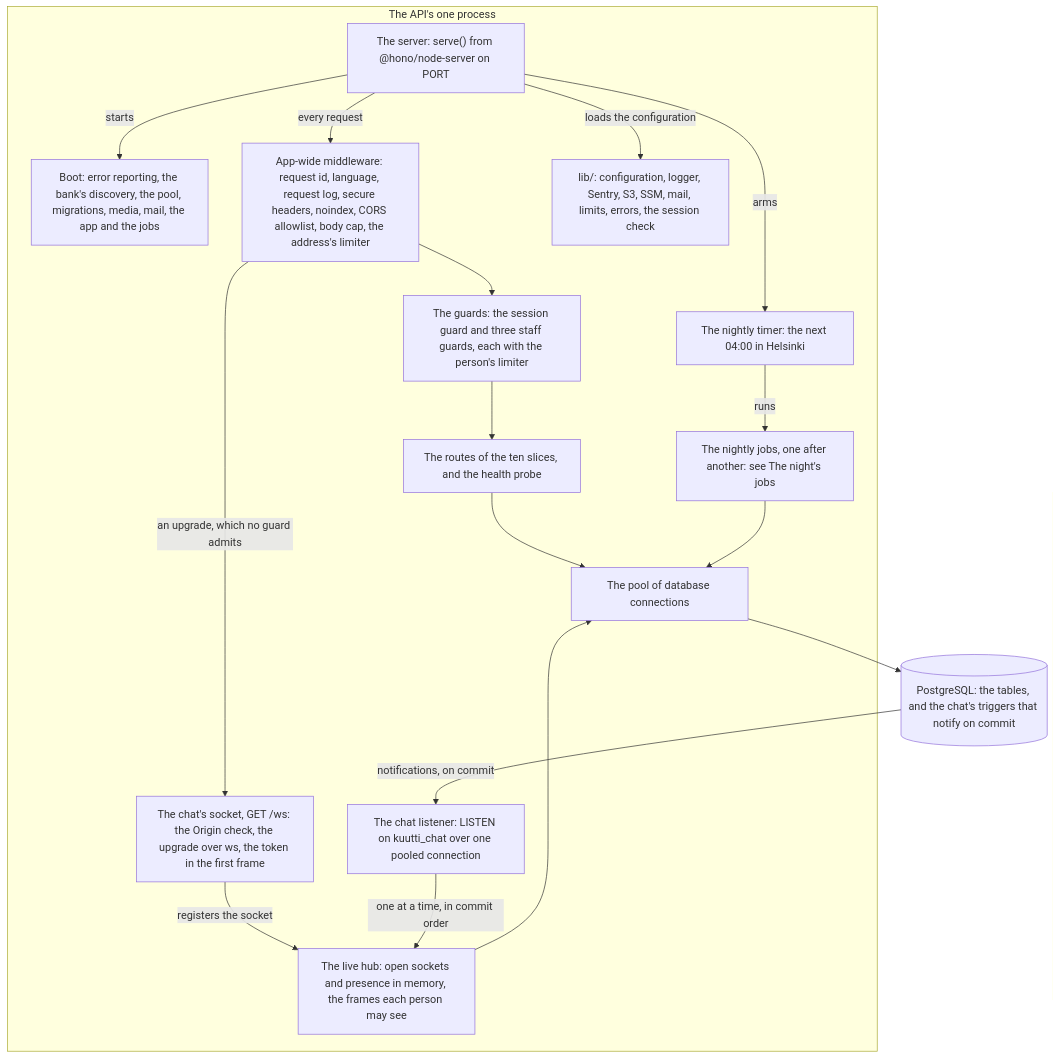
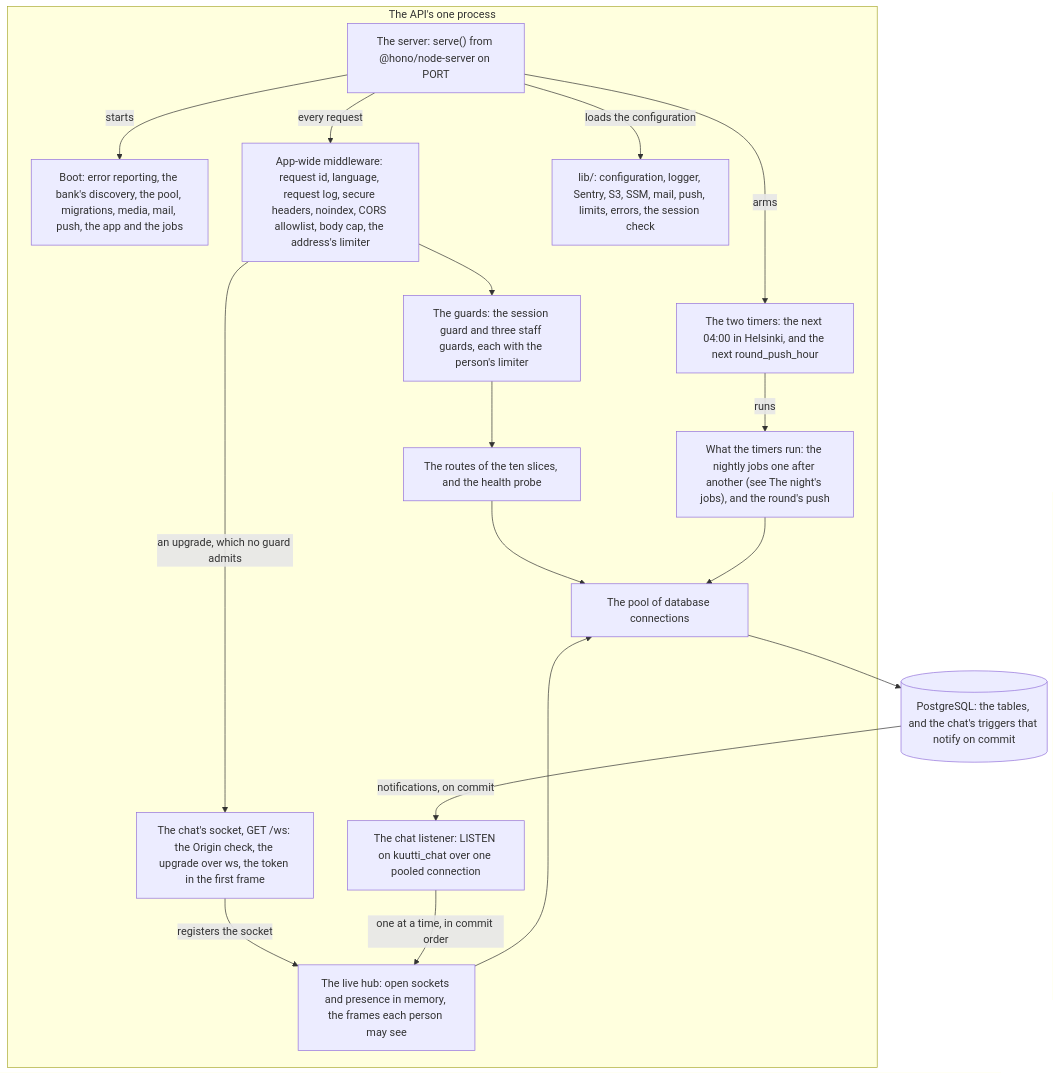
The second of 3 diagrams in docs/architecture/components.md (kuutti-ry/kuutti-app), drawn with Mermaid before and after one commit. The commit also changed other lines of this file and 123 other files, not shown here.

First line of the commit message:
Push through Expo: a message, a match, the day's round (#102) (#459)

````diff
--- a/docs/architecture/components.md
+++ b/docs/architecture/components.md
@@ -78,35 +79,35 @@
 ```mermaid
 flowchart TB
   accTitle: Components, part 2: inside the API's one process
-  accDescr: One Node process serves HTTP and the chat's WebSocket on the same server and runs the nightly jobs on a timer. Requests pass the app-wide middleware, then a guard, then a slice's route. The socket's upgrade passes the same middleware, then authenticates by its first frame and registers with the live hub. The slices, the hub and the jobs reach PostgreSQL through one pool. The chat's triggers notify on commit, and one pooled connection listens and hands each notification to the hub.
+  accDescr: One Node process serves HTTP and the chat's WebSocket on the same server, runs the nightly jobs on a timer and the round's push on a second. Requests pass the app-wide middleware, then a guard, then a slice's route. The socket's upgrade passes the same middleware, then authenticates by its first frame and registers with the live hub. The slices, the hub and the jobs reach PostgreSQL through one pool. The chat's triggers notify on commit, and one pooled connection listens and hands each notification to the hub.
   subgraph process["The API's one process"]
     c13["The server: serve() from @hono/node-server on PORT"]
-    c14["Boot: error reporting, the bank's discovery, the pool, migrations, media, mail, the app and the jobs"]
+    c14["Boot: error reporting, the bank's discovery, the pool, migrations, media, mail, push, the app and the jobs"]
     c15["App-wide middleware: request id, language, request log, secure headers, noindex, CORS allowlist, body cap, the address's limiter"]
     c16["The guards: the session guard and three staff guards, each with the person's limiter"]
     c17["The routes of the ten slices, and the health probe"]
     c18["The chat's socket, GET /ws: the Origin check, the upgrade over ws, the token in the first frame"]
     c19["The live hub: open sockets and presence in memory, the frames each person may see"]
     c20["The chat listener: LISTEN on kuutti_chat over one pooled connection"]
-    c21["The nightly timer: the next 04:00 in Helsinki"]
-    c22["The nightly jobs, one after another: see The night's jobs"]
-    c23["lib/: configuration, logger, Sentry, S3, SSM, mail, limits, errors, the session check"]
+    c21["The two timers: the next 04:00 in Helsinki, and the next round_push_hour"]
+    c22["What the timers run: the nightly jobs one after another (see The night's jobs), and the round's push"]
+    c23["lib/: configuration, logger, Sentry, S3, SSM, mail, push, limits, errors, the session check"]
     c24["The pool of database connections"]
   end
   c25[("PostgreSQL: the tables, and the chat's triggers that notify on commit")]
   c13 -->|"loads the configuration"| c23
   c13 -->|"starts"| c14
   c13 -->|"every request"| c15
   c15 --> c16
   c16 --> c17
   c15 -->|"an upgrade, which no guard admits"| c18
   c18 -->|"registers the socket"| c19
   c17 --> c24
   c19 --> c24
   c13 -->|"arms"| c21
   c21 -->|"runs"| c22
   c22 --> c24
   c24 --> c25
   c25 -->|"notifications, on commit"| c20
   c20 -->|"one at a time, in commit order"| c19
 ```
````
